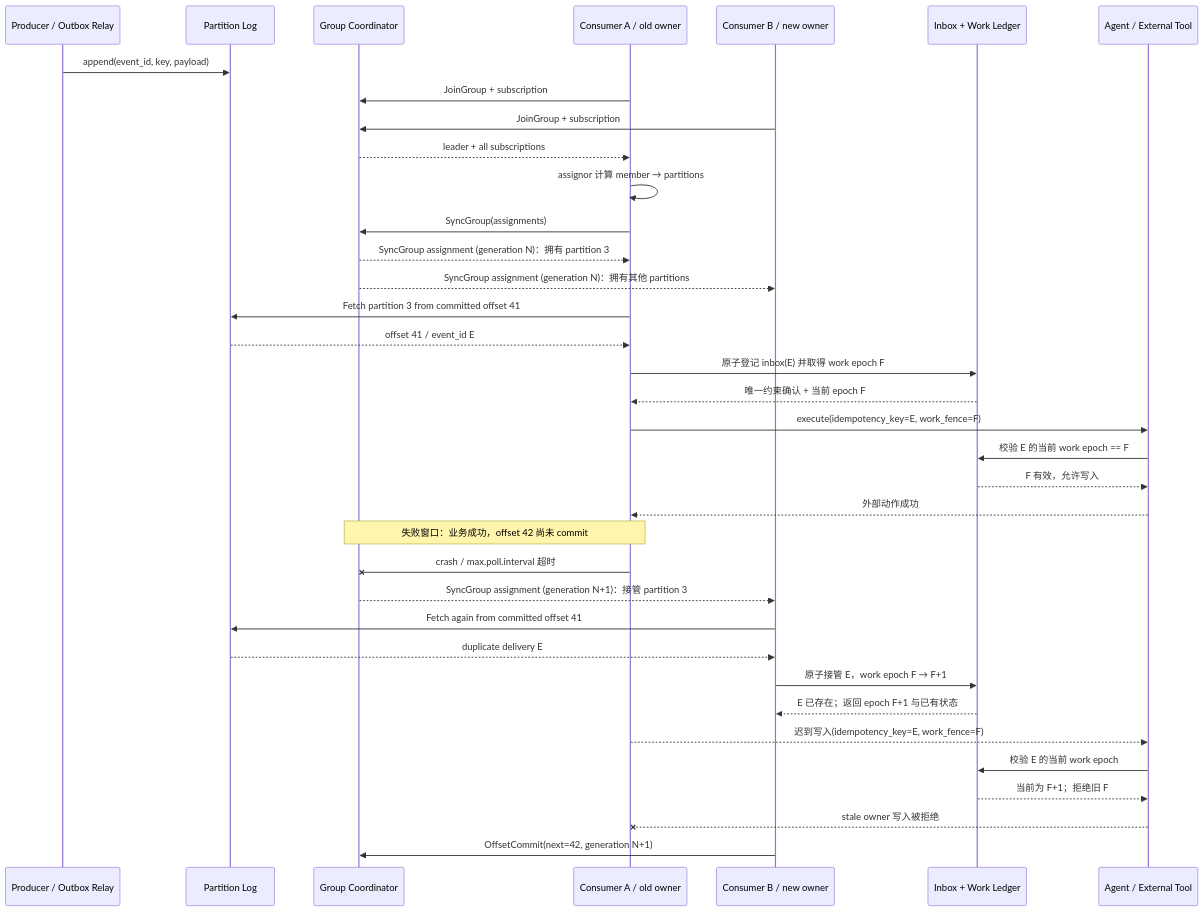
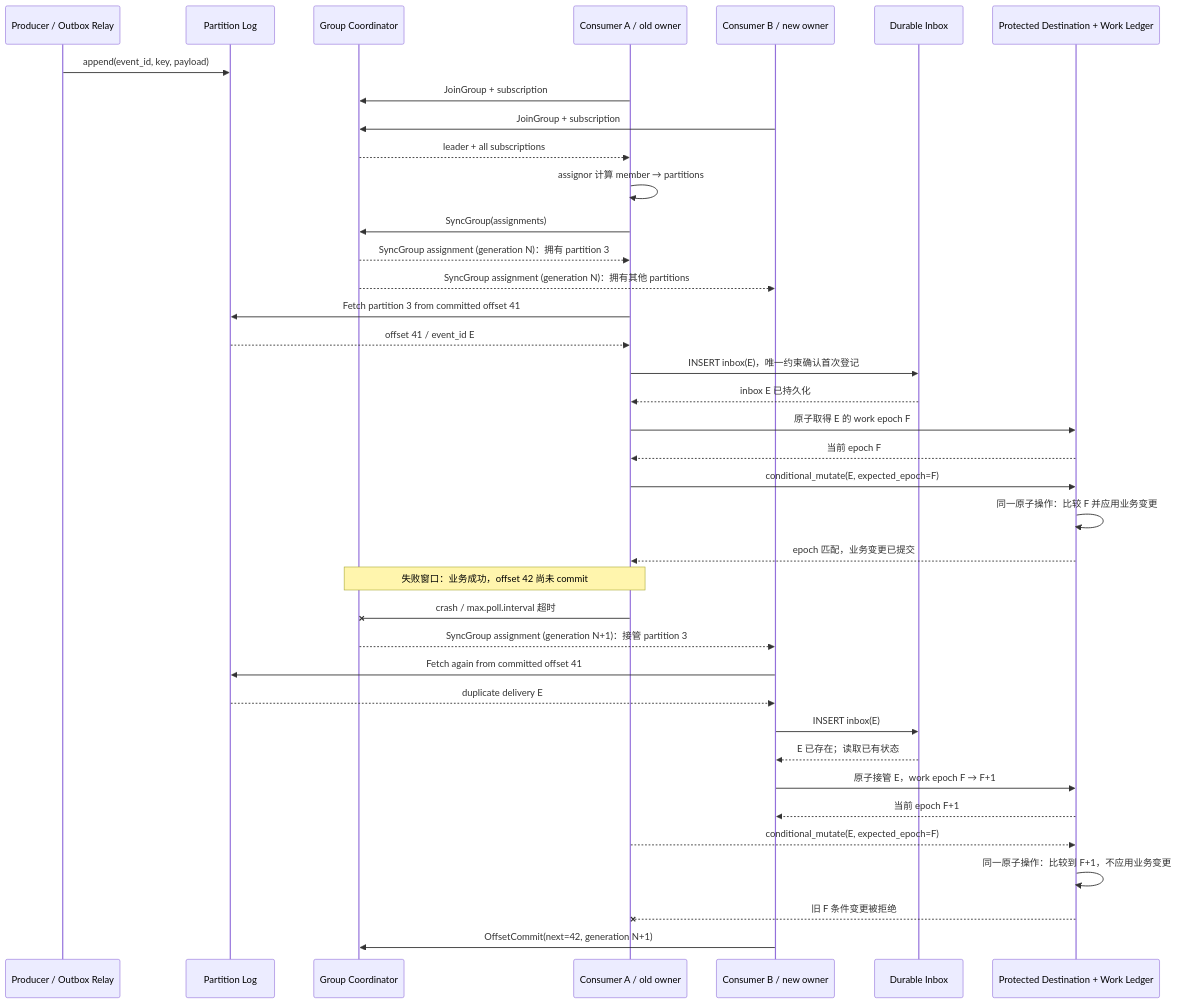
Before and after one commit to sealday/agentic-architecture-atlas: the diagram in content/cases/apache-kafka-consumer-groups.mdx, drawn with Mermaid. The commit also changed other lines of this file, not shown here.

Commit message:
Make Kafka fencing mutation atomic

````diff
--- a/content/cases/apache-kafka-consumer-groups.mdx
+++ b/content/cases/apache-kafka-consumer-groups.mdx
@@ -151,44 +151,46 @@
 ```mermaid
 sequenceDiagram
   accTitle: Kafka consumer group 驱动 Agent 工作与重复执行窗口
-  accDescr: Producer 按业务 key 把任务追加到分区。Classic group coordinator 组织成员和 generation，被选出的客户端 leader 计算 assignment。Consumer poll 后登记 inbox，并在应用 work ledger 原子取得独立的 ownership epoch；外部目的地校验该 epoch。若动作成功后、offset 提交前崩溃，rebalance 后的新 owner 会重读并取得更高 epoch，旧 owner 的迟到写因此被拒绝。
+  accDescr: Producer 按业务 key 把任务追加到分区。Classic group coordinator 组织成员和 generation，被选出的客户端 leader 计算 assignment。Consumer poll 后登记 inbox，并在受保护目的地的 work ledger 原子取得独立 ownership epoch；目的地把 epoch 比较与业务变更放在同一原子操作中。若动作成功后、offset 提交前崩溃，rebalance 后的新 owner 会取得更高 epoch，旧 owner 的条件变更因此不产生副作用。
 
   participant P as Producer / Outbox Relay
   participant L as Partition Log
   participant G as Group Coordinator
   participant C1 as Consumer A / old owner
   participant C2 as Consumer B / new owner
-  participant I as Inbox + Work Ledger
-  participant X as Agent / External Tool
+  participant I as Durable Inbox
+  participant X as Protected Destination + Work Ledger
 
   P->>L: append(event_id, key, payload)
   C1->>G: JoinGroup + subscription
   C2->>G: JoinGroup + subscription
   G-->>C1: leader + all subscriptions
   C1->>C1: assignor 计算 member → partitions
   C1->>G: SyncGroup(assignments)
   G-->>C1: SyncGroup assignment (generation N)：拥有 partition 3
   G-->>C2: SyncGroup assignment (generation N)：拥有其他 partitions
 
   C1->>L: Fetch partition 3 from committed offset 41
   L-->>C1: offset 41 / event_id E
-  C1->>I: 原子登记 inbox(E) 并取得 work epoch F
-  I-->>C1: 唯一约束确认 + 当前 epoch F
-  C1->>X: execute(idempotency_key=E, work_fence=F)
-  X->>I: 校验 E 的当前 work epoch == F
-  I-->>X: F 有效，允许写入
-  X-->>C1: 外部动作成功
+  C1->>I: INSERT inbox(E)，唯一约束确认首次登记
+  I-->>C1: inbox E 已持久化
+  C1->>X: 原子取得 E 的 work epoch F
+  X-->>C1: 当前 epoch F
+  C1->>X: conditional_mutate(E, expected_epoch=F)
+  X->>X: 同一原子操作：比较 F 并应用业务变更
+  X-->>C1: epoch 匹配，业务变更已提交
 
   Note over C1,G: 失败窗口：业务成功，offset 42 尚未 commit
   C1-xG: crash / max.poll.interval 超时
   G-->>C2: SyncGroup assignment (generation N+1)：接管 partition 3
   C2->>L: Fetch again from committed offset 41
   L-->>C2: duplicate delivery E
-  C2->>I: 原子接管 E，work epoch F → F+1
-  I-->>C2: E 已存在；返回 epoch F+1 与已有状态
-  C1-->>X: 迟到写入(idempotency_key=E, work_fence=F)
-  X->>I: 校验 E 的当前 work epoch
-  I-->>X: 当前为 F+1；拒绝旧 F
-  X--xC1: stale owner 写入被拒绝
+  C2->>I: INSERT inbox(E)
+  I-->>C2: E 已存在；读取已有状态
+  C2->>X: 原子接管 E，work epoch F → F+1
+  X-->>C2: 当前 epoch F+1
+  C1-->>X: conditional_mutate(E, expected_epoch=F)
+  X->>X: 同一原子操作：比较到 F+1，不应用业务变更
+  X--xC1: 旧 F 条件变更被拒绝
   C2->>G: OffsetCommit(next=42, generation N+1)
 ```
````
